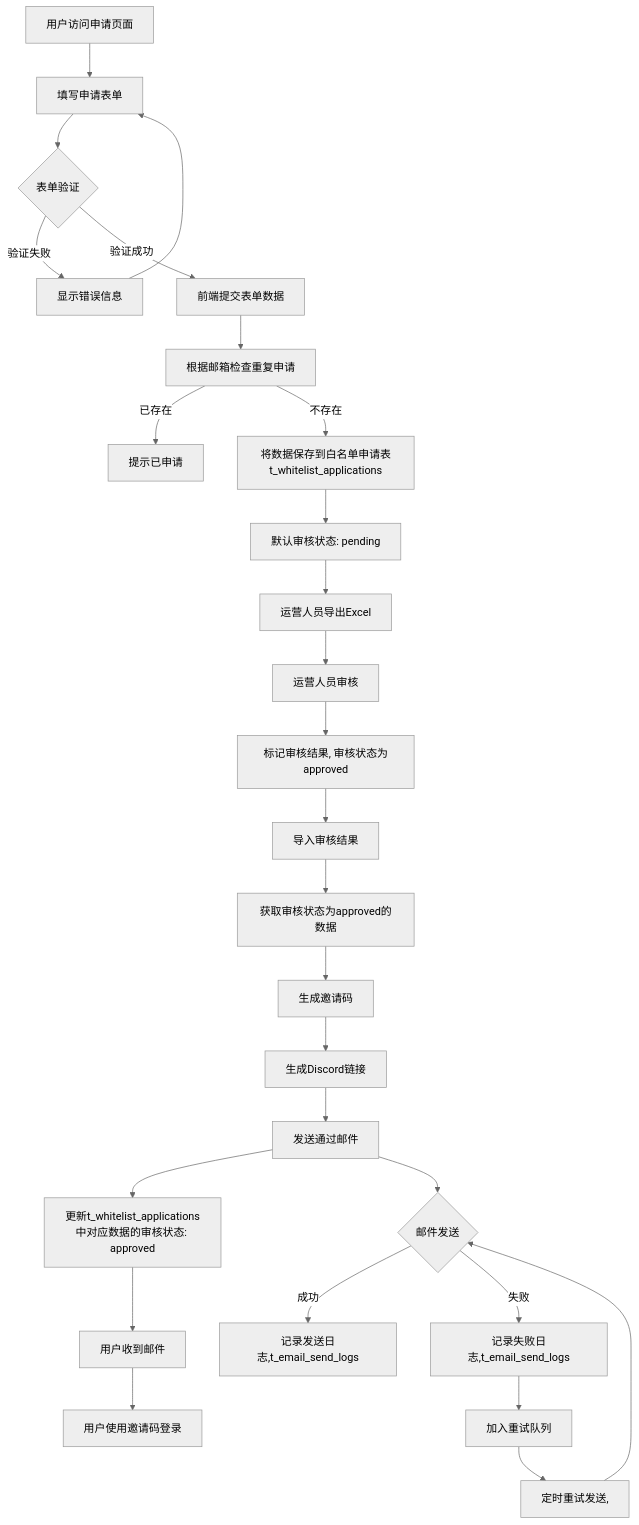
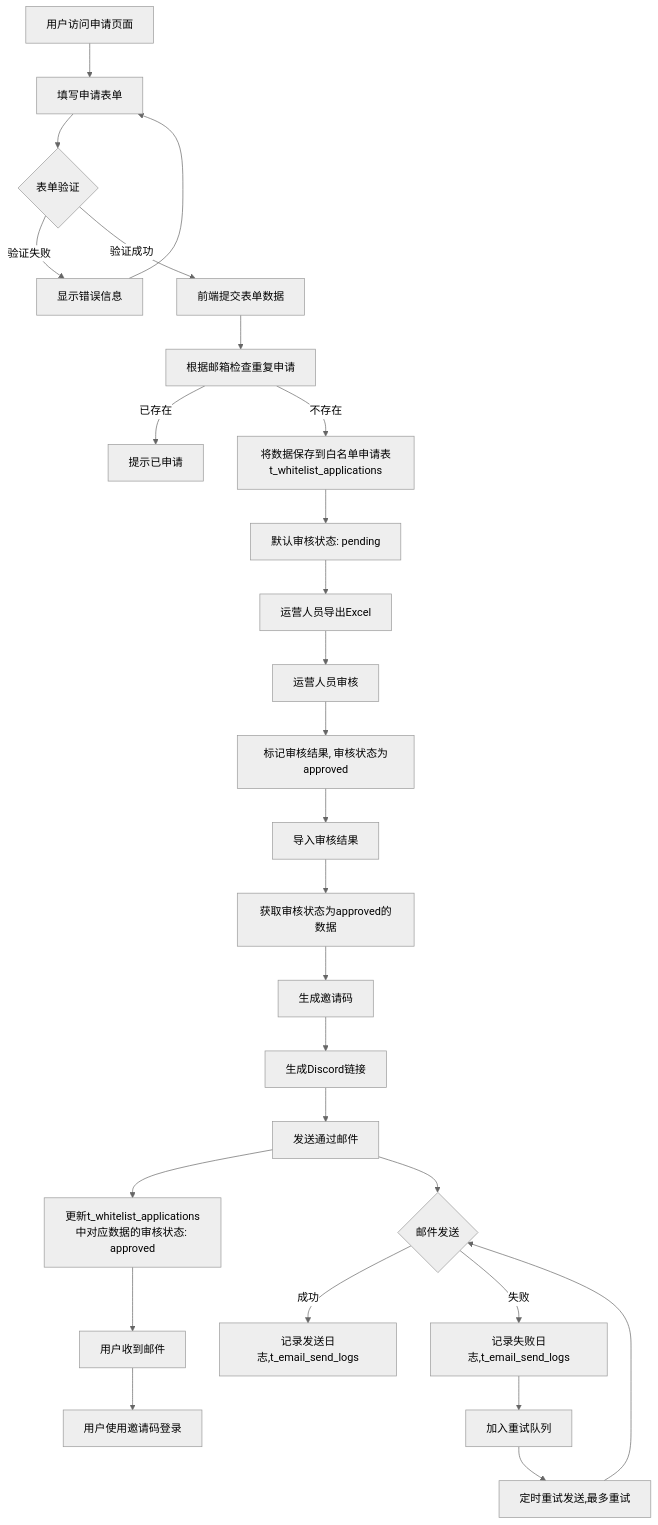
Before and after one commit to yingjianzh/iodraw-files: the diagram in all/未命名-69.md, drawn with Mermaid (neutral theme).

Commit message:
2025-07-03 10:37:41 update

````diff
--- a/all/未命名-69.md
+++ b/all/未命名-69.md
@@ -1,32 +1,32 @@
 ```mermaid
 flowchart TD
     A[用户访问申请页面] --> B[填写申请表单]
     B --> C{表单验证}
     C -->|验证失败| D[显示错误信息]
     D --> B
     C -->|验证成功| E[前端提交表单数据]
     E -->E1[根据邮箱检查重复申请]
     E1 -->|已存在| F[提示已申请]
     E1 -->|不存在| G[将数据保存到白名单申请表t_whitelist_applications]
     G --> H[默认审核状态: pending]
     
     H --> I[运营人员导出Excel]
     I --> J[运营人员审核]
     J --> K[标记审核结果, 审核状态为approved]
     K --> L[导入审核结果]
     L --> M[获取审核状态为approved的数据]
     M --> N[生成邀请码]
     N --> O[生成Discord链接]
     O --> P[发送通过邮件]
     P --> Q[更新t_whitelist_applications中对应数据的审核状态: approved]
     
     P --> T{邮件发送}
     T -->|成功| U[记录发送日志,t_email_send_logs]
     T -->|失败| V[记录失败日志,t_email_send_logs]
     V --> W[加入重试队列]
-    W --> X[定时重试发送,]
+    W --> X[定时重试发送,最多重试]
     X --> T
     
     Q --> Y[用户收到邮件]
     Y --> Z[用户使用邀请码登录]
 ```
````
